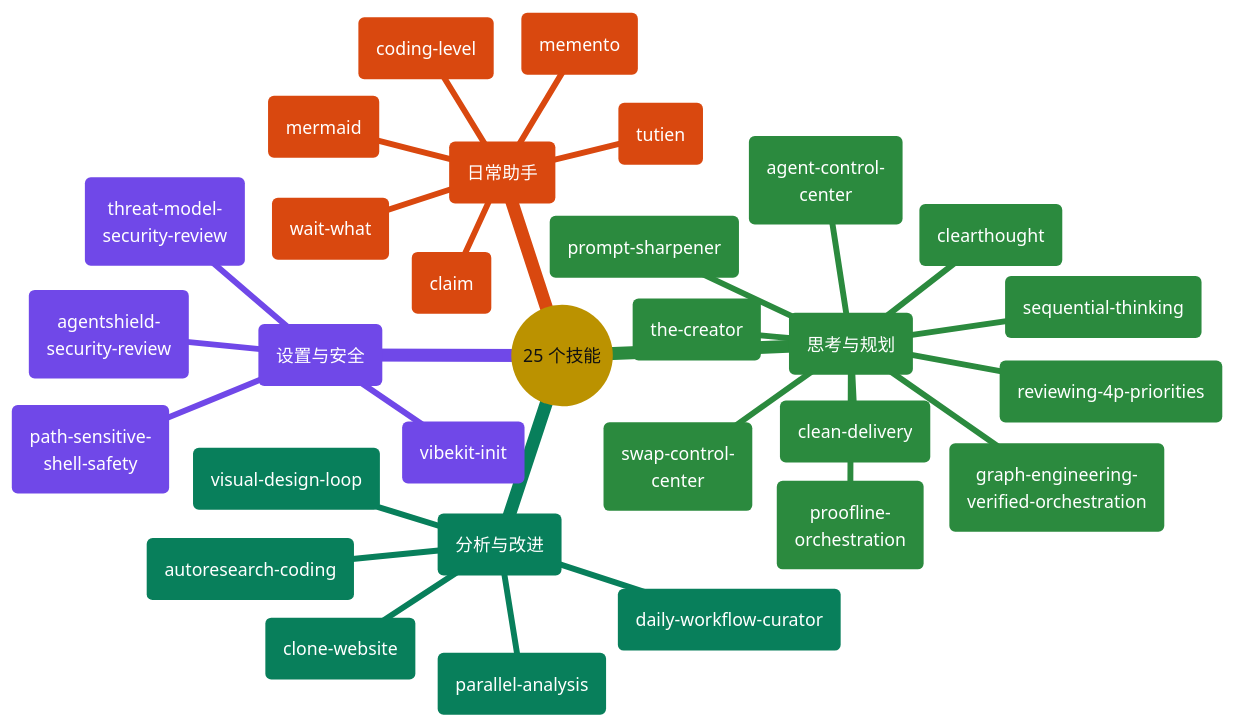
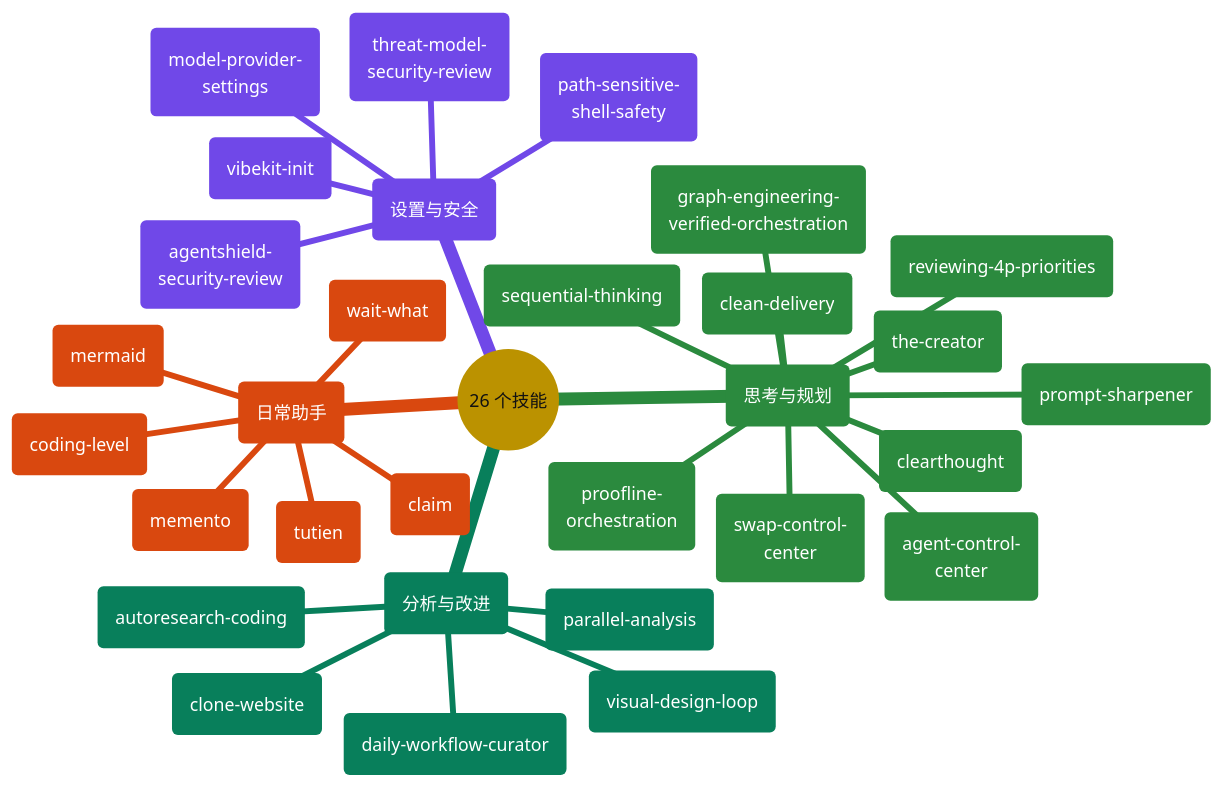
One commit to giang6283623/minimal-vibe-coding-kit changed the fifth of 10 diagrams in docs/README.zh-CN.md. Above: the diagram before and after it, drawn with Mermaid. The commit also changed other lines of this file and 183 other files, not shown here.

````diff
--- a/docs/README.zh-CN.md
+++ b/docs/README.zh-CN.md
@@ -360,66 +360,67 @@
 ```mermaid
 ---
 config:
   theme: base
   themeCSS: >-
     .mindmap-node:not(.section-root):not(.section--1) text,
     .mindmap-node:not(.section-root):not(.section--1) tspan
     { fill: #FFFFFF !important; }
     .mindmap-node:not(.section-root):not(.section--1) div,
     .mindmap-node:not(.section-root):not(.section--1) span,
     .mindmap-node:not(.section-root):not(.section--1) p
     { color: #FFFFFF !important; }
   themeVariables:
     darkMode: false
     fontFamily: cascadia mono, consolas, noto sans mono, menlo, monospace
     fontSize: 15px
     lineColor: "#888888"
     textColor: "#111111"
     primaryColor: "#FFD43B"
     primaryTextColor: "#111111"
     primaryBorderColor: "#444444"
     cScale0: "#1971C2"
     cScale1: "#7048E8"
     cScale2: "#2B8A3E"
     cScale3: "#087F5B"
     cScale4: "#D9480F"
     cScale5: "#C2255C"
     cScaleLabel0: "#FFFFFF"
     cScaleLabel1: "#FFFFFF"
     cScaleLabel2: "#FFFFFF"
     cScaleLabel3: "#FFFFFF"
     cScaleLabel4: "#FFFFFF"
     cScaleLabel5: "#FFFFFF"
 ---
 mindmap
-  root(("25 个技能"))
+  root(("26 个技能"))
     setup("设置与安全")
       s1("vibekit-init")
       s2("agentshield-<br/>security-review")
       s3("path-sensitive-<br/>shell-safety")
       s4("threat-model-<br/>security-review")
+      s5("model-provider-<br/>settings")
     think("思考与规划")
       t1("clearthought")
       t2("sequential-thinking")
       t3("prompt-sharpener")
       t4("reviewing-4p-priorities")
       t5("graph-engineering-<br/>verified-orchestration")
       t6("the-creator")
       t7("proofline-<br/>orchestration")
       t8("clean-delivery")
       t9("agent-control-<br/>center")
       t10("swap-control-<br/>center")
     analyze("分析与改进")
       a1("parallel-analysis")
       a2("autoresearch-coding")
       a3("daily-workflow-curator")
       a4("visual-design-loop")
       a5("clone-website")
     helpers("日常助手")
       h1("memento")
       h2("coding-level")
       h3("mermaid")
       h4("claim")
       h5("tutien")
       h6("wait-what")
 ```
````
